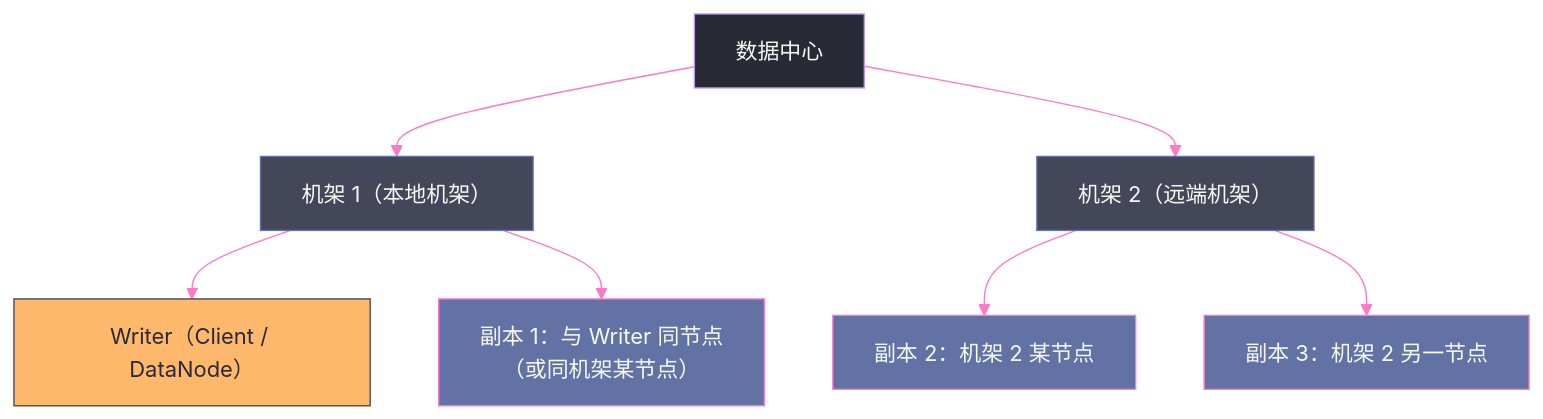
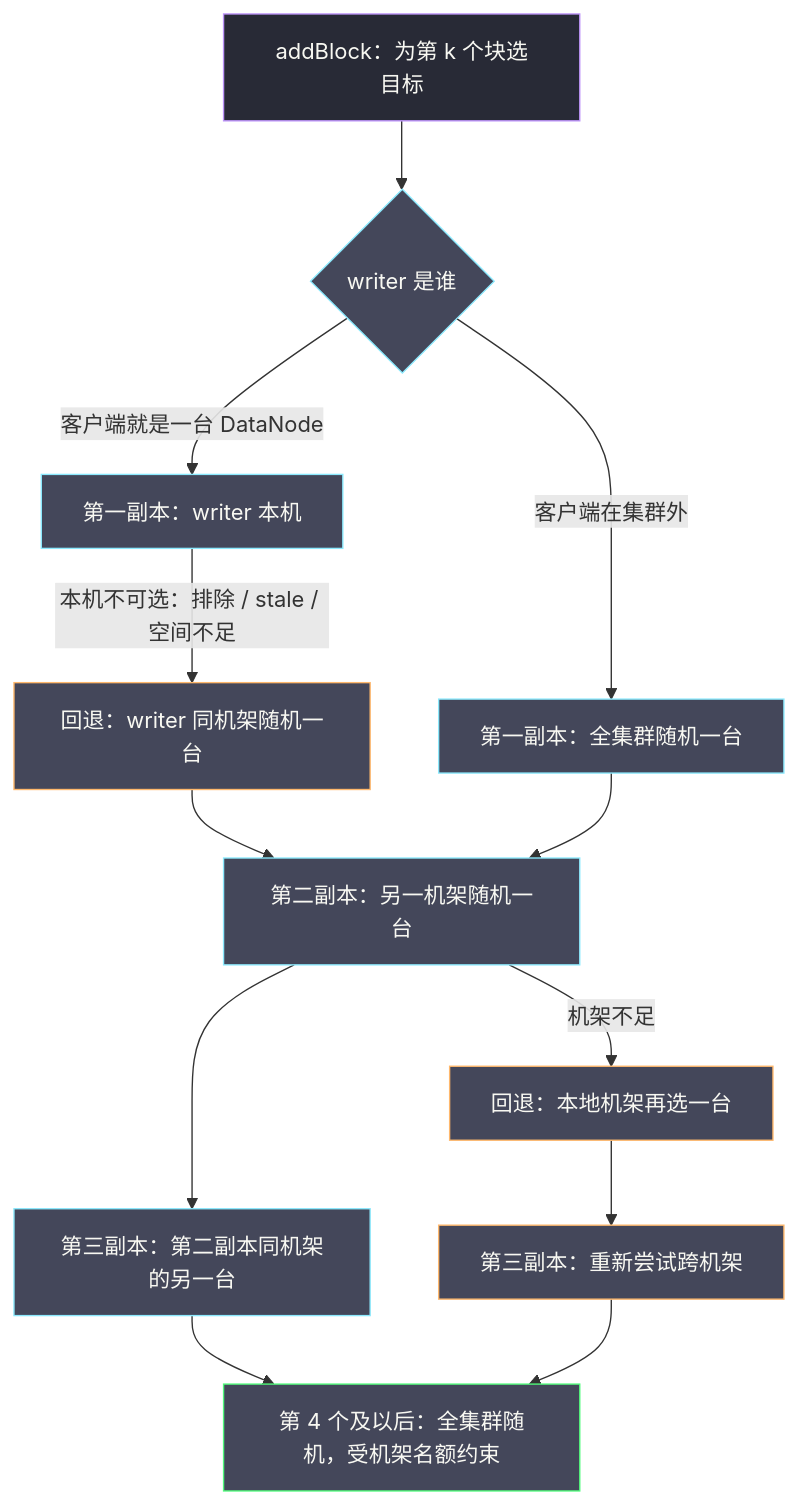
The second of 5 diagrams in content/大数据/Hadoop/HDFS/05 HDFS 副本放置策略——机架感知与数据可靠性的工程权衡.md (hpliStartAgain/my-brain), drawn with Mermaid before and after one commit. The commit also changed other lines of this file and 455 other files, not shown here.

````diff
--- a/content/大数据/Hadoop/HDFS/05 HDFS 副本放置策略——机架感知与数据可靠性的工程权衡.md
+++ b/content/大数据/Hadoop/HDFS/05 HDFS 副本放置策略——机架感知与数据可靠性的工程权衡.md
@@ -113,28 +116,25 @@
 ```mermaid
-%%{init: {'theme': 'base', 'themeVariables': {'primaryColor': '#6272a4', 'primaryTextColor': '#f8f8f2', 'primaryBorderColor': '#bd93f9', 'lineColor': '#ff79c6', 'secondaryColor': '#44475a', 'tertiaryColor': '#282a36'}}}%%
-graph TD
-    DC["数据中心"]
-    Rack1["机架 1（本地机架）"]
-    Rack2["机架 2（远端机架）"]
-    Writer["Writer（Client / DataNode）"]
-    R1["副本 1：与 Writer 同节点</br>（或同机架某节点）"]
-    R2["副本 2：机架 2 某节点"]
-    R3["副本 3：机架 2 另一节点"]
+%%{init: {'theme': 'dracula'}}%%
+flowchart TD
+    START["addBlock：为第 k 个块选目标"] --> W{"writer 是谁"}
+    W -->|"客户端就是一台 DataNode"| LOCAL["第一副本：writer 本机"]
+    W -->|"客户端在集群外"| RAND["第一副本：全集群随机一台"]
+    LOCAL -->|"本机不可选：排除 / stale / 空间不足"| LOCALRACK["回退：writer 同机架随机一台"]
+    LOCALRACK --> R2
+    RAND --> R2["第二副本：另一机架随机一台"]
+    R2 -->|"机架不足"| R2B["回退：本地机架再选一台"]
+    R2 --> R3["第三副本：第二副本同机架的另一台"]
+    R2B --> R3B["第三副本：重新尝试跨机架"]
+    R3 --> REST["第 4 个及以后：全集群随机，受机架名额约束"]
+    R3B --> REST
 
-    DC --> Rack1
-    DC --> Rack2
-    Rack1 --> Writer
-    Rack1 --> R1
-    Rack2 --> R2
-    Rack2 --> R3
+    classDef start fill:#282a36,stroke:#bd93f9,color:#f8f8f2
+    classDef choose fill:#44475a,stroke:#8be9fd,color:#f8f8f2
+    classDef fallback fill:#44475a,stroke:#ffb86c,color:#f8f8f2
+    classDef tail fill:#44475a,stroke:#50fa7b,color:#f8f8f2
 
-    classDef dc fill:#282a36,stroke:#bd93f9,color:#f8f8f2
-    classDef rack fill:#44475a,stroke:#6272a4,color:#f8f8f2
-    classDef replica fill:#6272a4,stroke:#ff79c6,color:#f8f8f2
-    classDef writer fill:#ffb86c,stroke:#44475a,color:#282a36
-
-    class DC dc
-    class Rack1,Rack2 rack
-    class R1,R2,R3 replica
-    class Writer writer
+    class START start
+    class W,LOCAL,RAND,R2,R3 choose
+    class LOCALRACK,R2B,R3B fallback
+    class REST tail
 ```
````
